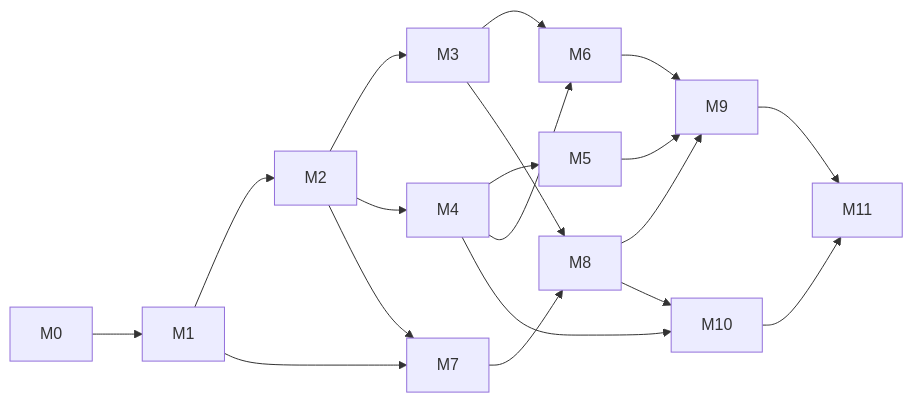
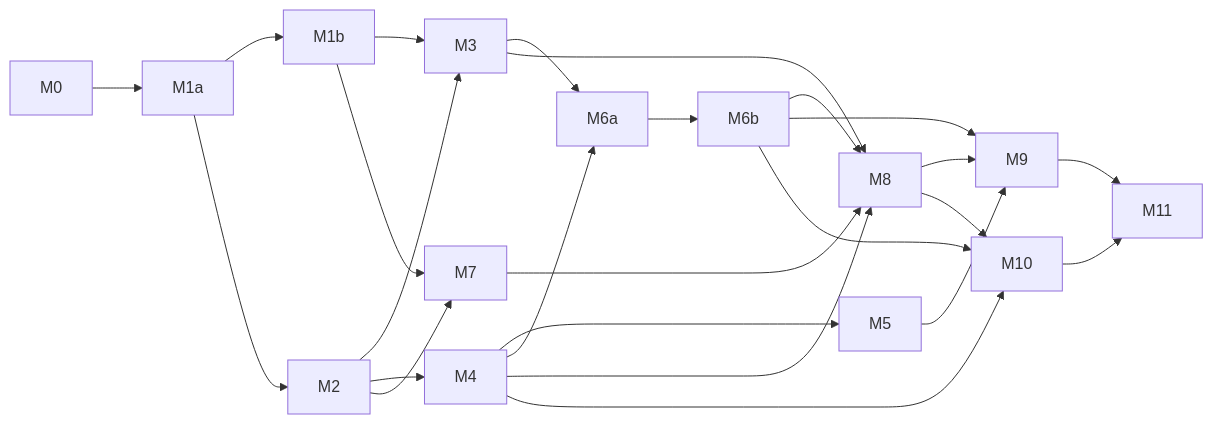
Before and after one commit to BigBoyDevBox/Neutrodyne: the fourth of 4 diagrams in docs/PLAN.md, drawn with Mermaid. The commit also changed other lines of this file and 7 other files, not shown here.

````diff
--- a/docs/PLAN.md
+++ b/docs/PLAN.md
@@ -604,18 +612,24 @@
 ```mermaid
 flowchart LR
-  M0 --> M1 --> M2 --> M3
+  M0 --> M1a --> M1b
+  M1a --> M2
+  M1b --> M3
+  M2 --> M3
   M2 --> M4 --> M5
-  M4 --> M6
-  M3 --> M6
-  M1 --> M7
+  M3 --> M6a
+  M4 --> M6a --> M6b
+  M1b --> M7
   M2 --> M7
   M3 --> M8
+  M4 --> M8
+  M6b --> M8
   M7 --> M8
   M8 --> M9
   M5 --> M9
-  M6 --> M9
+  M6b --> M9
   M4 --> M10
+  M6b --> M10
   M8 --> M10
   M9 --> M11
   M10 --> M11
 ```
````
